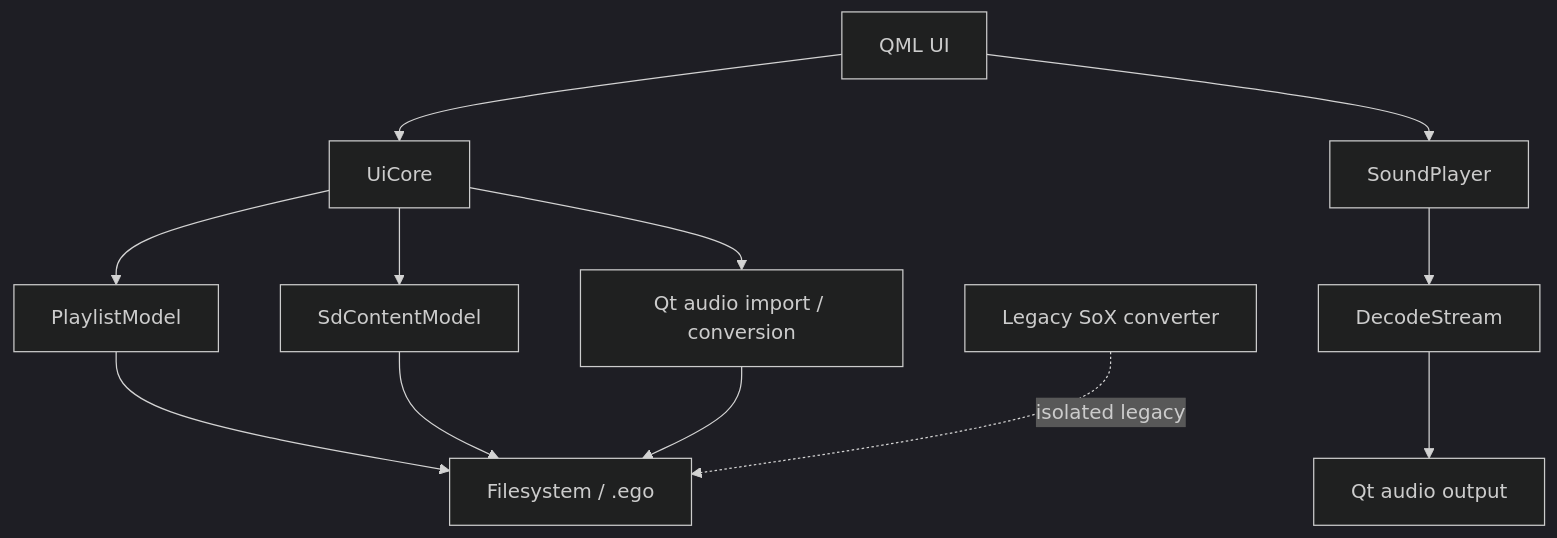
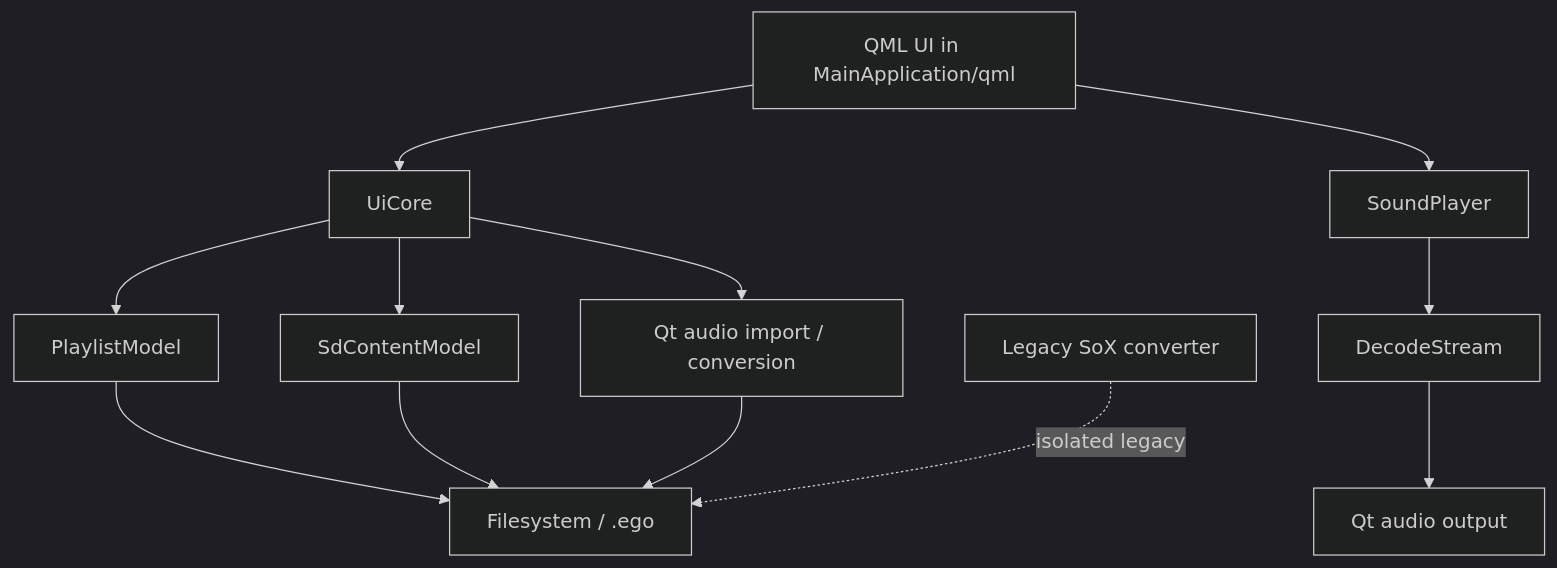
The diagram in docs/ARCHITECTURE.md (DIME-TILL-DEATH/EgoApp), drawn with Mermaid (dark theme) before and after one commit. The commit also changed other lines of this file and 12 other files, not shown here.

````diff
--- a/docs/ARCHITECTURE.md
+++ b/docs/ARCHITECTURE.md
@@ -5,14 +5,14 @@
 ```mermaid
 flowchart TD
- QML[QML UI] --> CORE[UiCore]
+ QML[QML UI in MainApplication/qml] --> CORE[UiCore]
  CORE --> PL[PlaylistModel]
  CORE --> SD[SdContentModel]
  PL --> FS[Filesystem / .ego]
  SD --> FS
  CORE --> IMP[Qt audio import / conversion]
  IMP --> FS
  QML --> PLAYER[SoundPlayer]
  PLAYER --> DEC[DecodeStream]
  DEC --> OUT[Qt audio output]
  LEGACY[Legacy SoX converter] -. isolated legacy .-> FS
 ```
````
